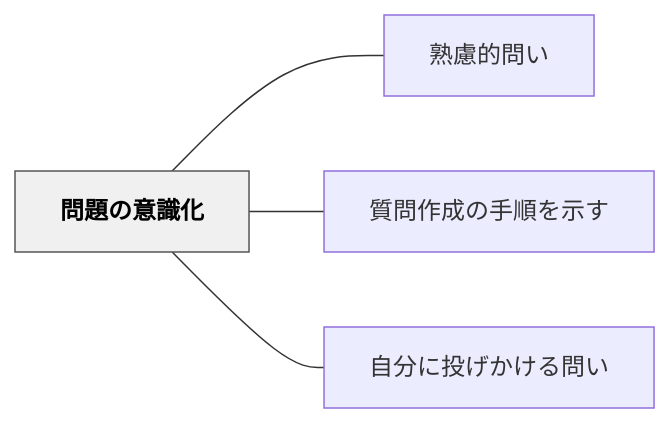
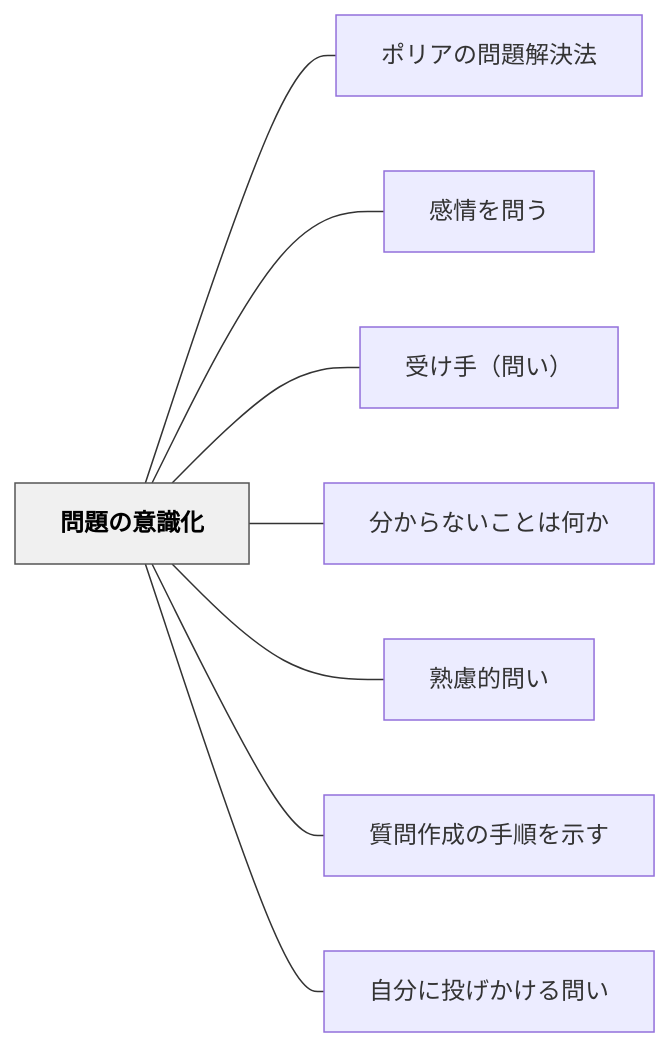
One commit to unknownthings-ed-patterns/unknownthings-ed-patterns changed the diagram in content/パタン/問題の意識化.md. Above: the diagram before and after it, drawn with Mermaid. The commit also changed other lines of this file and 473 other files, not shown here.

````diff
--- a/content/パタン/問題の意識化.md
+++ b/content/パタン/問題の意識化.md
@@ -40,14 +44,22 @@
 ```mermaid
 flowchart LR
     ne5958fe9a18c["問題の意識化"]
+    ne3839de383aa["ポリアの問題解決法"]
+    ne6849fe68385["感情を問う"]
+    ne58f97e38191["受け手（問い）"]
+    ne58886e3818b["分からないことは何か"]
     ne7869fe685ae["熟慮的問い"]
     ne8b3aae5958f["質問作成の手順を示す"]
     ne887aae58886["自分に投げかける問い"]
 
+    ne5958fe9a18c --- ne3839de383aa
+    ne5958fe9a18c --- ne6849fe68385
+    ne5958fe9a18c --- ne58f97e38191
+    ne5958fe9a18c --- ne58886e3818b
     ne5958fe9a18c --- ne7869fe685ae
     ne5958fe9a18c --- ne8b3aae5958f
     ne5958fe9a18c --- ne887aae58886
 
     classDef hub fill:#f0f0f0,stroke:#555,color:#000,font-weight:bold
     class ne5958fe9a18c hub
 ```
````
